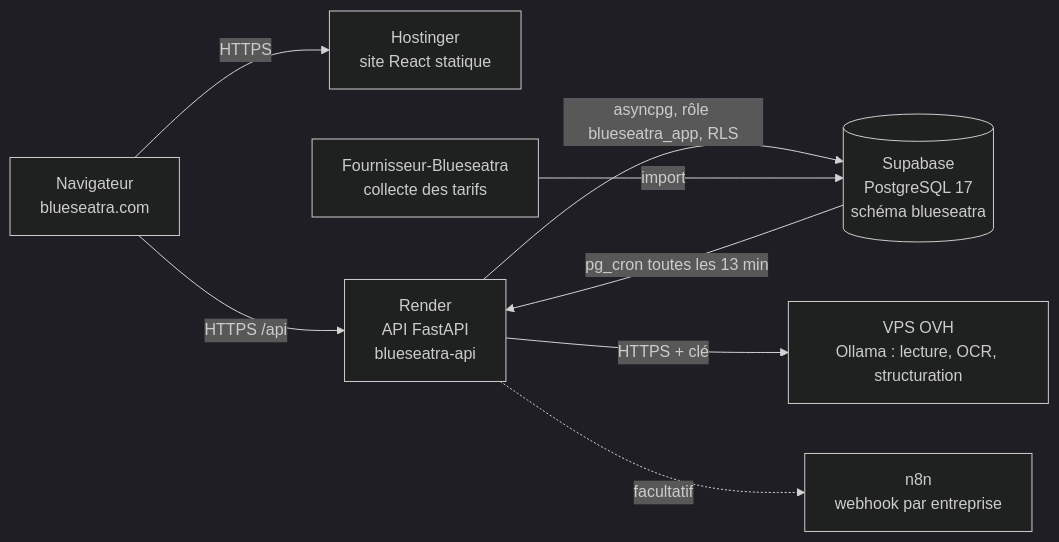
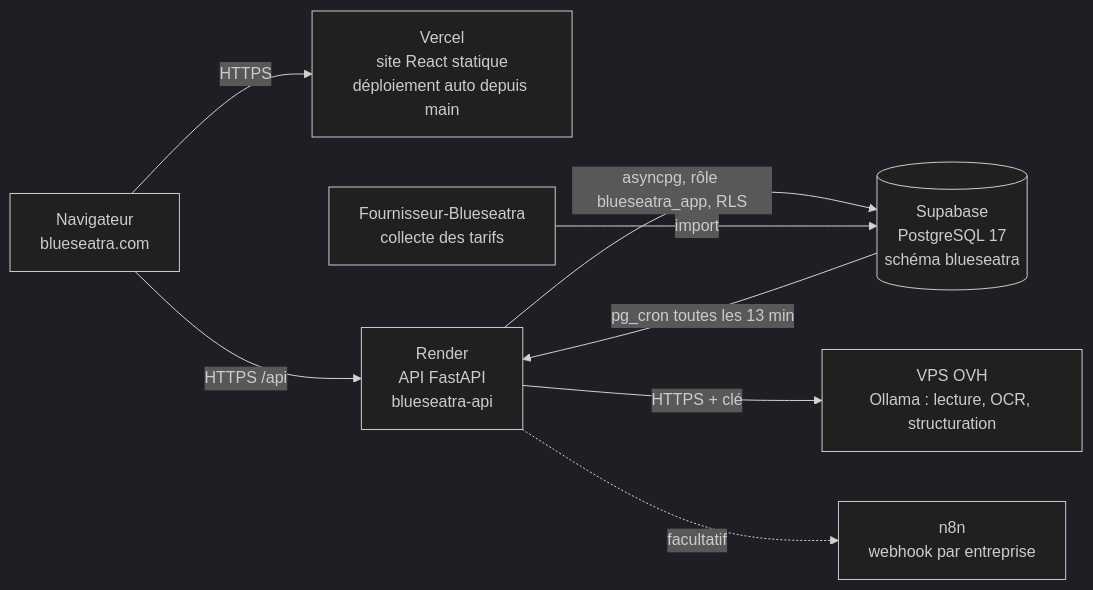
Before and after one commit to zehair-louzza/Blueseatra: the first of 3 diagrams in docs/architecture.md, drawn with Mermaid (dark theme). The commit also changed other lines of this file and 12 other files, not shown here.

````diff
--- a/docs/architecture.md
+++ b/docs/architecture.md
@@ -7,10 +7,10 @@
 ```mermaid
 flowchart LR
-    U[Navigateur<br>blueseatra.com] -->|HTTPS| H[Hostinger<br>site React statique]
+    U[Navigateur<br>blueseatra.com] -->|HTTPS| V[Vercel<br>site React statique<br>déploiement auto depuis main]
     U -->|HTTPS /api| R[Render<br>API FastAPI<br>blueseatra-api]
     R -->|asyncpg, rôle blueseatra_app, RLS| S[(Supabase<br>PostgreSQL 17<br>schéma blueseatra)]
     R -->|HTTPS + clé| O[VPS OVH<br>Ollama : lecture, OCR, structuration]
     R -.->|facultatif| N[n8n<br>webhook par entreprise]
     S -->|pg_cron toutes les 13 min| R
     F[Fournisseur-Blueseatra<br>collecte des tarifs] -->|import| S
 ```
````
